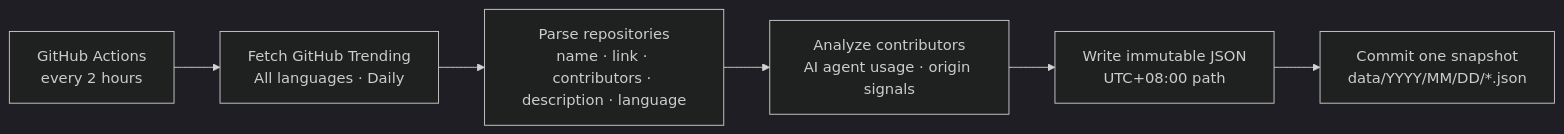
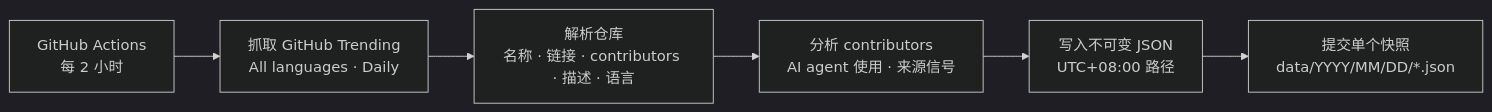
The first of 2 diagrams in README.md (lurui1997/GeekTrend), drawn with Mermaid (dark theme) before and after one commit. The commit also changed other lines of this file and 1 other file, not shown here.

````diff
--- a/README.md
+++ b/README.md
@@ -42,8 +39,8 @@
 ```mermaid
 flowchart LR
-    A["GitHub Actions<br/>every 2 hours"] --> B["Fetch GitHub Trending<br/>All languages · Daily"]
-    B --> C["Parse repositories<br/>name · link · contributors · description · language"]
-    C --> D["Analyze contributors<br/>AI agent usage · origin signals"]
-    D --> E["Write immutable JSON<br/>UTC+08:00 path"]
-    E --> F["Commit one snapshot<br/>data/YYYY/MM/DD/*.json"]
+    A["GitHub Actions<br/>每 2 小时"] --> B["抓取 GitHub Trending<br/>All languages · Daily"]
+    B --> C["解析仓库<br/>名称 · 链接 · contributors · 描述 · 语言"]
+    C --> D["分析 contributors<br/>AI agent 使用 · 来源信号"]
+    D --> E["写入不可变 JSON<br/>UTC+08:00 路径"]
+    E --> F["提交单个快照<br/>data/YYYY/MM/DD/*.json"]
 ```
````
